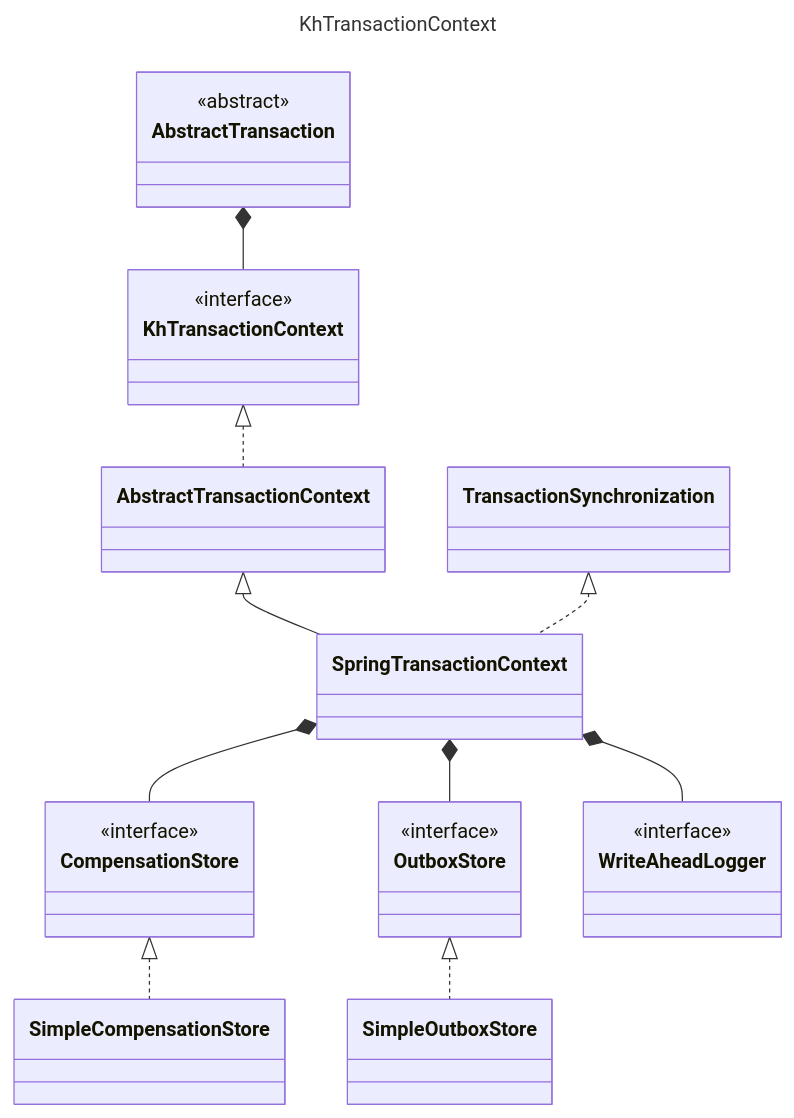
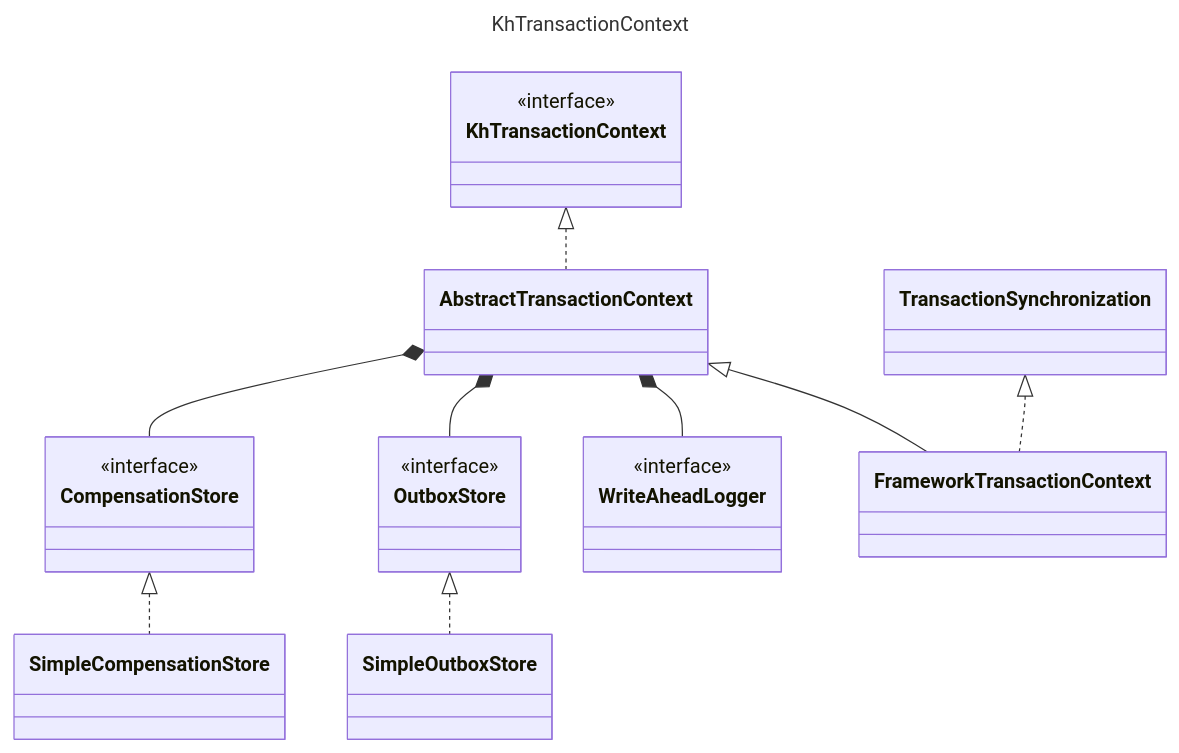
Before and after one commit to keyhub-projects/distributed-transaction-kit: the sixth of 6 diagrams in README.md, drawn with Mermaid. The commit also changed other lines of this file and 5 other files, not shown here.

````diff
--- a/README.md
+++ b/README.md
@@ -188,43 +262,41 @@
 ```mermaid
 ---
 title: KhTransactionContext
 ---
 classDiagram
     class KhTransactionContext {
     }
     <<interface>> KhTransactionContext
-     AbstractTransaction *-- KhTransactionContext
-    <<abstract>> AbstractTransaction
     
     class AbstractTransactionContext {
     }
     KhTransactionContext <|.. AbstractTransactionContext
-    
-    class SpringTransactionContext {
-    }
-    AbstractTransactionContext <|-- SpringTransactionContext
-    TransactionSynchronization <|.. SpringTransactionContext
     
     class CompensationStore {
     }
     <<interface>> CompensationStore
     
     class SimpleCompensationStore {
     }
     CompensationStore <|.. SimpleCompensationStore
-    SpringTransactionContext *-- CompensationStore
+    AbstractTransactionContext *-- CompensationStore
     
     class OutboxStore {
     }
     <<interface>> OutboxStore
     
     class SimpleOutboxStore {
     }
     OutboxStore <|.. SimpleOutboxStore
-    SpringTransactionContext *-- OutboxStore
+    AbstractTransactionContext *-- OutboxStore
     
     class WriteAheadLogger {
     }
     <<interface>> WriteAheadLogger
-    SpringTransactionContext *-- WriteAheadLogger
+    AbstractTransactionContext *-- WriteAheadLogger
+
+    class FrameworkTransactionContext {
+    }
+    AbstractTransactionContext <|-- FrameworkTransactionContext
+    TransactionSynchronization <|.. FrameworkTransactionContext
 ```
````
